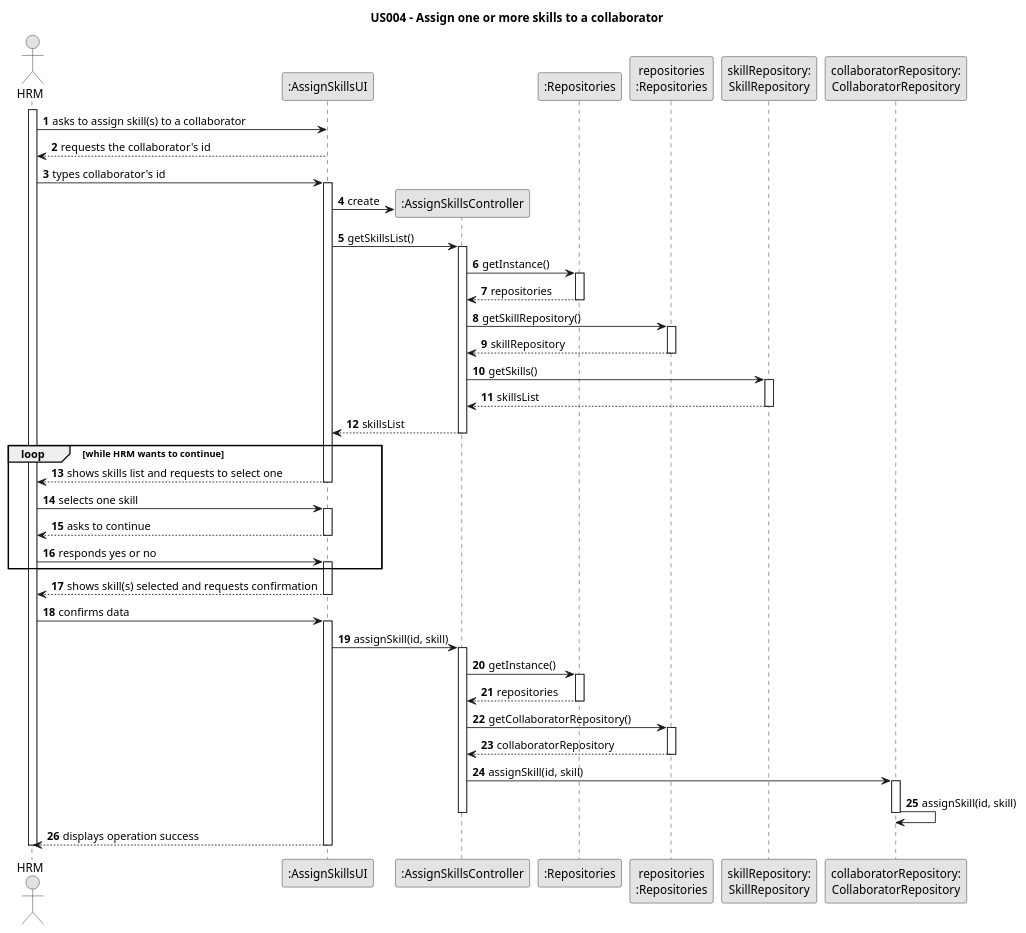
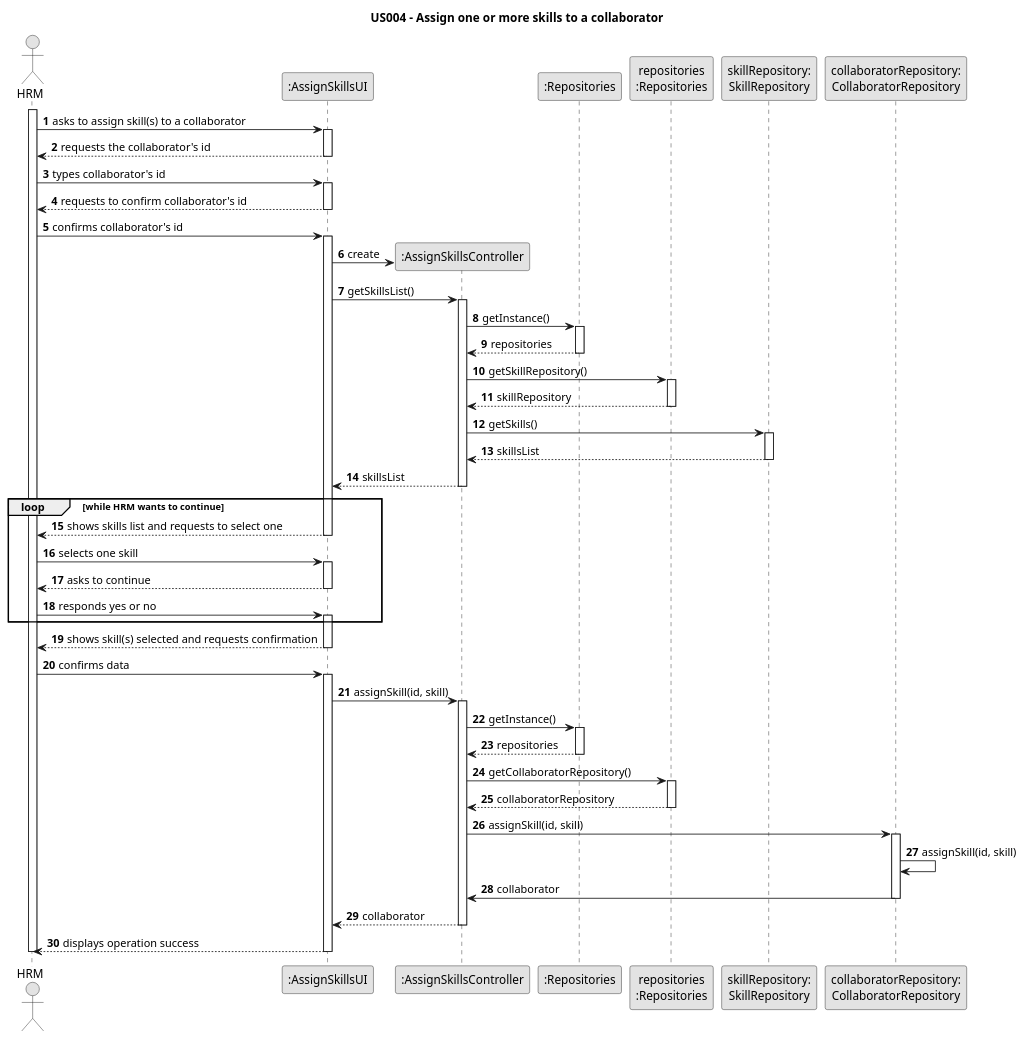
One commit to Departamento-de-Engenharia-Informatica/lei-24-s2-1dm-g132 changed the diagram in docs/sprintB/us004/03.design/puml/us004-sequence-diagram.puml. Above: the diagram before and after it, drawn with PlantUML. The commit also changed 1 other file, not shown here.

```diff
--- a/docs/sprintB/us004/03.design/puml/us004-sequence-diagram.puml
+++ b/docs/sprintB/us004/03.design/puml/us004-sequence-diagram.puml
@@ -1,99 +1,111 @@
 @startuml
 skinparam monochrome true
 skinparam packageStyle rectangle
 skinparam shadowing false
 
 title US004 - Assign one or more skills to a collaborator
 
 autonumber
 
 actor "HRM" as Employee
 participant ":AssignSkillsUI" as UI
 participant ":AssignSkillsController" as CTRL
 participant ":Repositories" as RepositorySingleton
 participant "repositories\n:Repositories" as PLAT
 participant "skillRepository:\nSkillRepository" as SkillRepository
 participant "collaboratorRepository:\nCollaboratorRepository" as CollaboratorRepository
 
 activate Employee
 
     Employee -> UI : asks to assign skill(s) to a collaborator
+    activate UI
+
     UI --> Employee : requests the collaborator's id
+    deactivate UI
+
     Employee -> UI : types collaborator's id
+    activate UI
+    UI --> Employee : requests to confirm collaborator's id
+    deactivate UI
+
+    Employee -> UI : confirms collaborator's id
     activate UI
 
         UI -> CTRL** : create
         UI -> CTRL : getSkillsList()
         activate CTRL
 
             CTRL -> RepositorySingleton : getInstance()
             activate RepositorySingleton
 
             RepositorySingleton --> CTRL: repositories
             deactivate RepositorySingleton
 
             CTRL -> PLAT : getSkillRepository()
             activate PLAT
 
             PLAT --> CTRL: skillRepository
             deactivate PLAT
 
             CTRL -> SkillRepository : getSkills()
             activate SkillRepository
 
             SkillRepository --> CTRL : skillsList
             deactivate SkillRepository
 
             CTRL --> UI : skillsList
         deactivate CTRL
 
     loop while HRM wants to continue
     UI --> Employee : shows skills list and requests to select one
     deactivate UI
 
     Employee -> UI : selects one skill
     activate UI
 
     UI --> Employee : asks to continue
     deactivate UI
 
     Employee -> UI : responds yes or no
     activate UI
     end
 
     UI --> Employee : shows skill(s) selected and requests confirmation
 
     deactivate UI
 
     Employee -> UI : confirms data
     activate UI
 
     UI -> CTRL : assignSkill(id, skill)
     activate CTRL
 
                 CTRL -> RepositorySingleton : getInstance()
                 activate RepositorySingleton
 
                 RepositorySingleton --> CTRL: repositories
                 deactivate RepositorySingleton
 
                 CTRL -> PLAT : getCollaboratorRepository()
                 activate PLAT
 
                 PLAT --> CTRL: collaboratorRepository
                 deactivate PLAT
 
                 CTRL -> CollaboratorRepository : assignSkill(id, skill)
                 activate CollaboratorRepository
 
                 CollaboratorRepository -> CollaboratorRepository: assignSkill(id, skill)
 
+                CollaboratorRepository -> CTRL : collaborator
                 deactivate CollaboratorRepository
+
+                CTRL --> UI : collaborator
 
     deactivate CTRL
 
     UI --> Employee : displays operation success
     deactivate UI
 
 deactivate Employee
 @enduml
```
